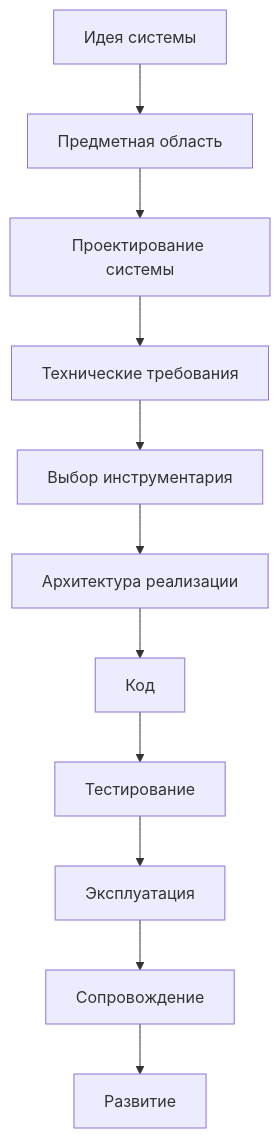
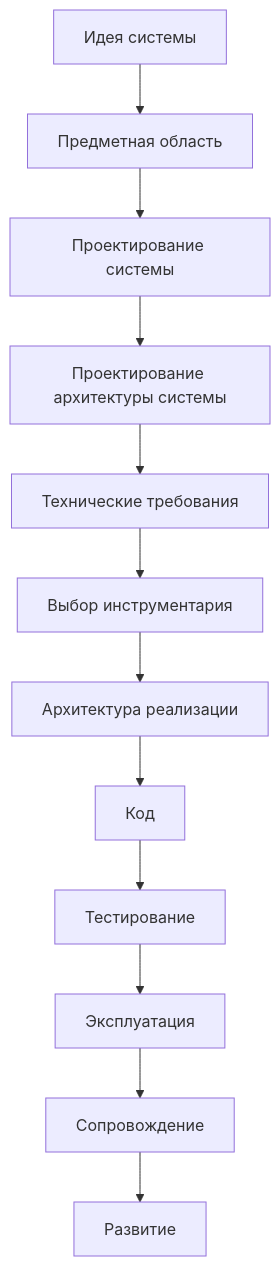
Before and after one commit to Mvil34998/Programming-Digital-Systems: the first of 2 diagrams in docs/00_maps/Development_Route_Map.md, drawn with Mermaid. The commit also changed other lines of this file, not shown here.

Commit message:
Add system architecture design to development route

````diff
--- a/docs/00_maps/Development_Route_Map.md
+++ b/docs/00_maps/Development_Route_Map.md
@@ -21,13 +21,14 @@
 ```mermaid
 flowchart TD
     A[Идея системы] --> B[Предметная область]
     B --> C[Проектирование системы]
-    C --> D[Технические требования]
-    D --> E[Выбор инструментария]
-    E --> F[Архитектура реализации]
-    F --> G[Код]
-    G --> H[Тестирование]
-    H --> I[Эксплуатация]
-    I --> J[Сопровождение]
-    J --> K[Развитие]
+    C --> D[Проектирование архитектуры системы]
+    D --> E[Технические требования]
+    E --> F[Выбор инструментария]
+    F --> G[Архитектура реализации]
+    G --> H[Код]
+    H --> I[Тестирование]
+    I --> J[Эксплуатация]
+    J --> K[Сопровождение]
+    K --> L[Развитие]
 ```
````
